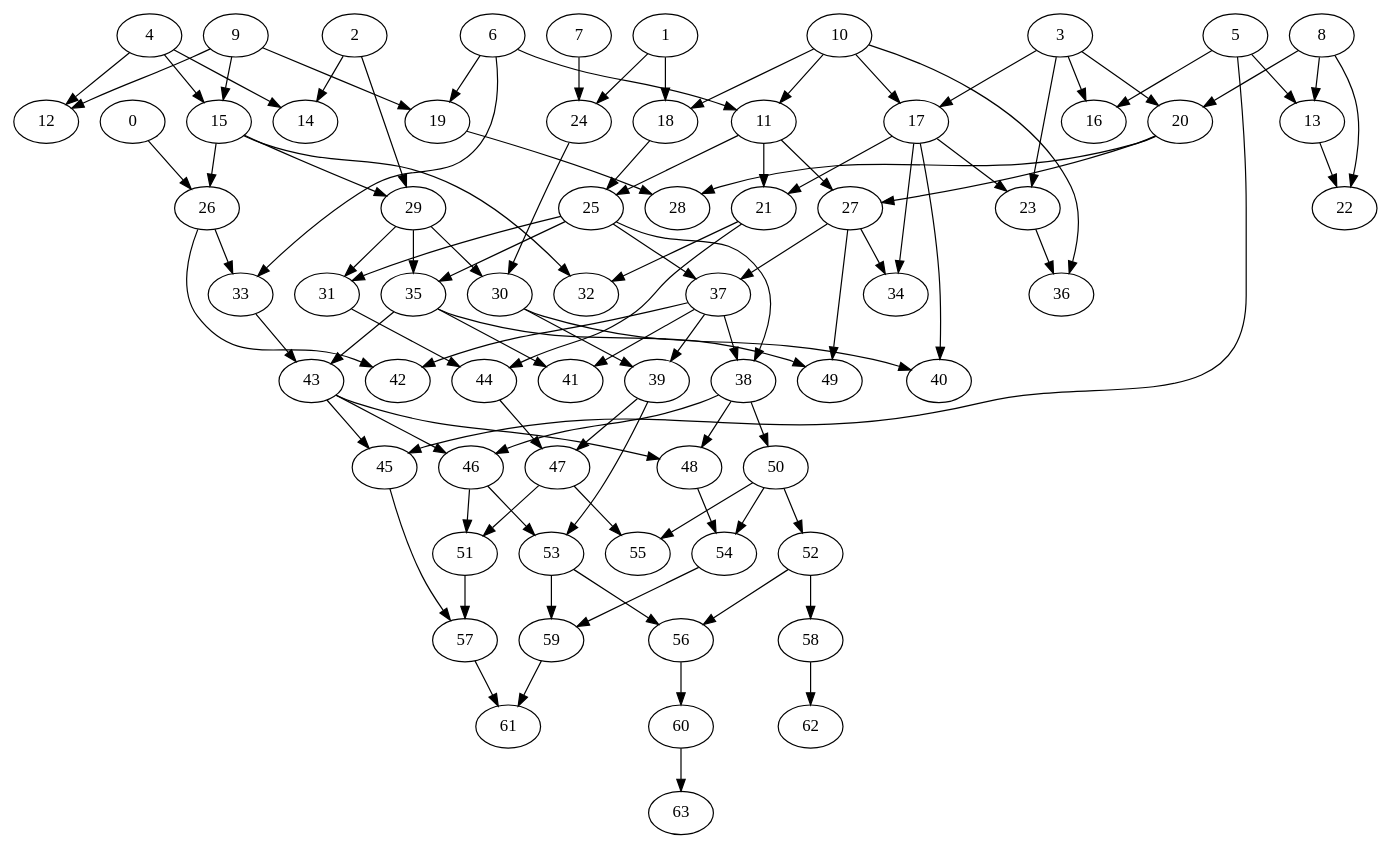
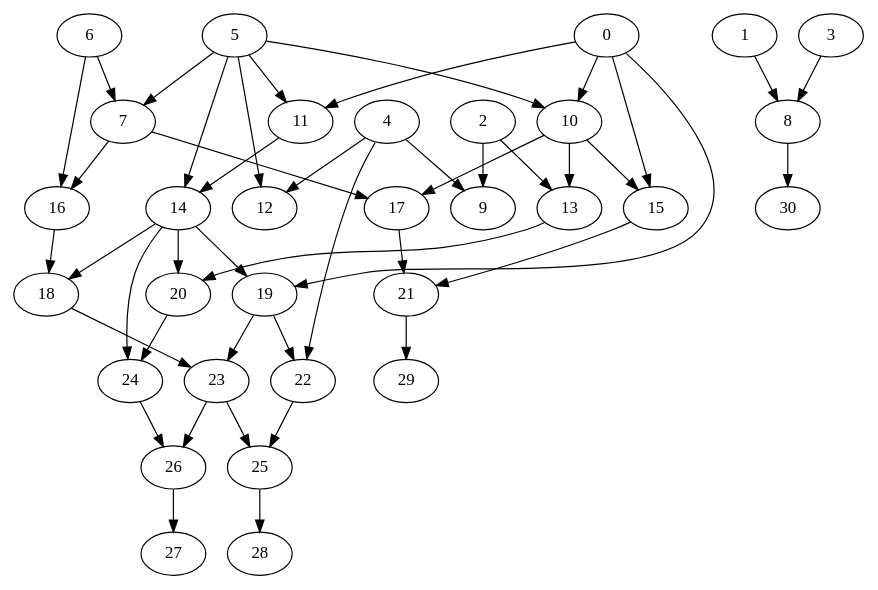
Before and after one commit to Ajax12345/protestGP: the diagram in test.dot, drawn with Graphviz. The commit also changed 12 other files, not shown here.

```diff
--- a/test.dot
+++ b/test.dot
@@ -1,166 +1,77 @@
 strict digraph "" {
 	0	[layer=1];
-	26	[layer=3];
-	0 -> 26;
+	10	[layer=2];
+	0 -> 10;
+	11	[layer=2];
+	0 -> 11;
+	15	[layer=3];
+	0 -> 15;
+	19	[layer=4];
+	0 -> 19;
 	1	[layer=1];
-	18	[layer=2];
-	1 -> 18;
-	24	[layer=2];
-	1 -> 24;
+	8	[layer=2];
+	1 -> 8;
 	2	[layer=1];
-	14	[layer=2];
-	2 -> 14;
-	29	[layer=3];
-	2 -> 29;
+	9	[layer=2];
+	2 -> 9;
+	13	[layer=3];
+	2 -> 13;
 	3	[layer=1];
-	16	[layer=2];
-	3 -> 16;
-	17	[layer=2];
-	3 -> 17;
-	20	[layer=2];
-	3 -> 20;
-	23	[layer=3];
-	3 -> 23;
+	3 -> 8;
 	4	[layer=1];
+	4 -> 9;
 	12	[layer=2];
 	4 -> 12;
-	4 -> 14;
-	15	[layer=2];
-	4 -> 15;
+	22	[layer=5];
+	4 -> 22;
 	5	[layer=1];
-	13	[layer=2];
-	5 -> 13;
-	5 -> 16;
-	45	[layer=6];
-	5 -> 45;
+	7	[layer=2];
+	5 -> 7;
+	5 -> 10;
+	5 -> 11;
+	5 -> 12;
+	14	[layer=3];
+	5 -> 14;
 	6	[layer=1];
-	11	[layer=2];
-	6 -> 11;
-	19	[layer=2];
-	6 -> 19;
-	33	[layer=4];
-	6 -> 33;
-	7	[layer=1];
-	7 -> 24;
-	8	[layer=1];
-	8 -> 13;
-	8 -> 20;
-	22	[layer=3];
-	8 -> 22;
-	9	[layer=1];
-	9 -> 12;
-	9 -> 15;
-	9 -> 19;
-	10	[layer=1];
-	10 -> 11;
+	6 -> 7;
+	16	[layer=3];
+	6 -> 16;
+	7 -> 16;
+	17	[layer=3];
+	7 -> 17;
+	30	[layer=7];
+	8 -> 30;
+	10 -> 13;
+	10 -> 15;
 	10 -> 17;
-	10 -> 18;
-	36	[layer=4];
-	10 -> 36;
-	21	[layer=3];
-	11 -> 21;
-	25	[layer=3];
-	11 -> 25;
-	27	[layer=3];
-	11 -> 27;
-	13 -> 22;
-	15 -> 26;
-	15 -> 29;
-	32	[layer=4];
-	15 -> 32;
+	11 -> 14;
+	20	[layer=4];
+	13 -> 20;
+	18	[layer=4];
+	14 -> 18;
+	14 -> 19;
+	14 -> 20;
+	24	[layer=5];
+	14 -> 24;
+	21	[layer=4];
+	15 -> 21;
+	16 -> 18;
 	17 -> 21;
-	17 -> 23;
-	34	[layer=4];
-	17 -> 34;
-	40	[layer=5];
-	17 -> 40;
-	18 -> 25;
-	28	[layer=3];
-	19 -> 28;
-	20 -> 27;
-	20 -> 28;
-	30	[layer=4];
-	24 -> 30;
-	21 -> 32;
-	44	[layer=5];
-	21 -> 44;
-	23 -> 36;
-	31	[layer=4];
-	25 -> 31;
-	35	[layer=4];
-	25 -> 35;
-	37	[layer=4];
-	25 -> 37;
-	38	[layer=5];
-	25 -> 38;
-	26 -> 33;
-	42	[layer=5];
-	26 -> 42;
-	27 -> 34;
-	27 -> 37;
-	49	[layer=5];
-	27 -> 49;
-	29 -> 30;
-	29 -> 31;
-	29 -> 35;
-	39	[layer=5];
-	30 -> 39;
-	30 -> 40;
-	31 -> 44;
-	43	[layer=5];
-	33 -> 43;
-	41	[layer=5];
-	35 -> 41;
-	35 -> 43;
-	35 -> 49;
-	37 -> 38;
-	37 -> 39;
-	37 -> 41;
-	37 -> 42;
-	46	[layer=6];
-	38 -> 46;
-	48	[layer=6];
-	38 -> 48;
-	50	[layer=6];
-	38 -> 50;
-	47	[layer=6];
-	39 -> 47;
-	53	[layer=7];
-	39 -> 53;
-	43 -> 45;
-	43 -> 46;
-	43 -> 48;
-	44 -> 47;
-	57	[layer=8];
-	45 -> 57;
-	51	[layer=7];
-	46 -> 51;
-	46 -> 53;
-	47 -> 51;
-	55	[layer=7];
-	47 -> 55;
-	54	[layer=7];
-	48 -> 54;
-	52	[layer=7];
-	50 -> 52;
-	50 -> 54;
-	50 -> 55;
-	51 -> 57;
-	56	[layer=8];
-	52 -> 56;
-	58	[layer=8];
-	52 -> 58;
-	53 -> 56;
-	59	[layer=8];
-	53 -> 59;
-	54 -> 59;
-	60	[layer=9];
-	56 -> 60;
-	61	[layer=9];
-	57 -> 61;
-	62	[layer=9];
-	58 -> 62;
-	59 -> 61;
-	63	[layer=10];
-	60 -> 63;
+	23	[layer=5];
+	18 -> 23;
+	19 -> 22;
+	19 -> 23;
+	20 -> 24;
+	29	[layer=7];
+	21 -> 29;
+	25	[layer=6];
+	22 -> 25;
+	23 -> 25;
+	26	[layer=6];
+	23 -> 26;
+	24 -> 26;
+	28	[layer=7];
+	25 -> 28;
+	27	[layer=7];
+	26 -> 27;
 }
```
